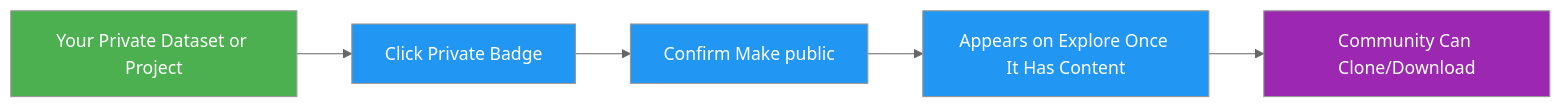
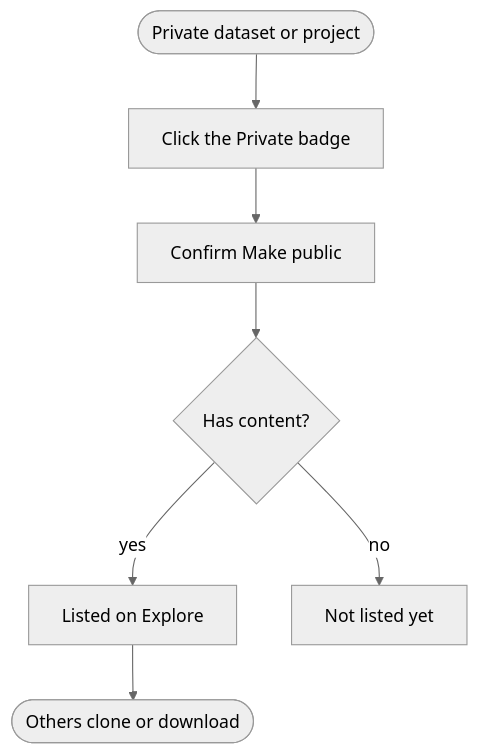
The third of 3 diagrams in docs/en/platform/explore.md (ultralytics/ultralytics), drawn with Mermaid (neutral theme) before and after one commit. The commit also changed other lines of this file and 20 other files, not shown here.

Commit message:
Migrate docs Mermaid diagrams to the unified design system (#26573)

````diff
--- a/docs/en/platform/explore.md
+++ b/docs/en/platform/explore.md
@@ -286,11 +267,9 @@
 ```mermaid
-graph LR
-    A[Your Private Dataset or Project]:::start --> B[Click Private Badge]:::proc
-    B --> C[Confirm Make public]:::proc
-    C --> D[Appears on Explore Once It Has Content]:::proc
-    D --> E[Community Can Clone/Download]:::out
-
-    classDef start fill:#4CAF50,color:#fff
-    classDef proc fill:#2196F3,color:#fff
-    classDef out fill:#9C27B0,color:#fff
+flowchart TD
+    A([Private dataset or project]) --> B[Click the Private badge]
+    B --> C[Confirm Make public]
+    C --> D{Has content?}
+    D -->|yes| E[Listed on Explore]
+    D -->|no| F[Not listed yet]
+    E --> G([Others clone or download])
 ```
````
